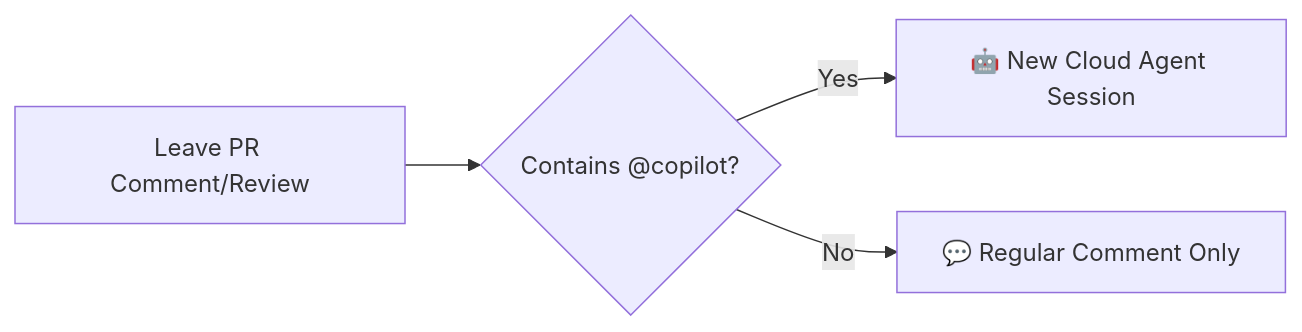
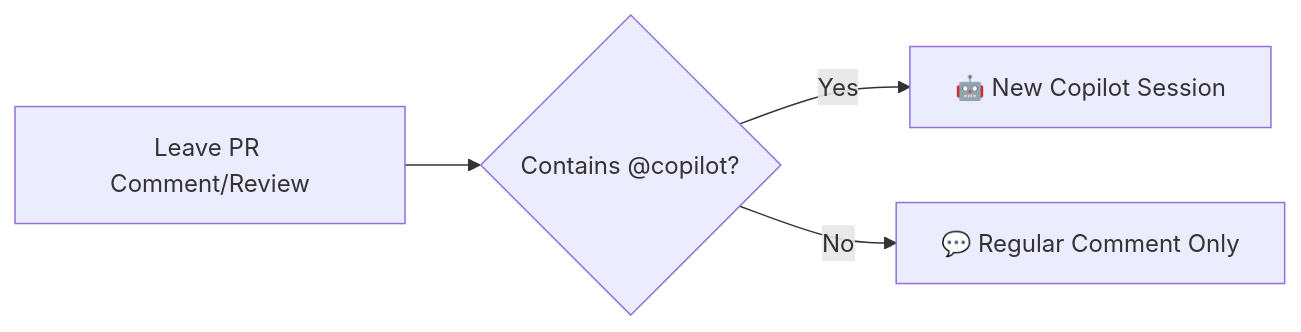
The diagram in .github/steps/2-collaborate.md (skills/expand-your-team-with-copilot), drawn with Mermaid before and after one commit. The commit also changed other lines of this file and 8 other files, not shown here.

First line of the commit message:
Rename Copilot cloud agent references in Skills exercise (#157)

````diff
--- a/.github/steps/2-collaborate.md
+++ b/.github/steps/2-collaborate.md
@@ -41,6 +41,6 @@
 ```mermaid
 flowchart LR
     A[Leave PR Comment/Review] --> B{Contains @copilot?}
-    B -->|Yes| C[🤖 New Cloud Agent Session]
+    B -->|Yes| C[🤖 New Copilot Session]
     B -->|No| D[💬 Regular Comment Only]
 ```
````
